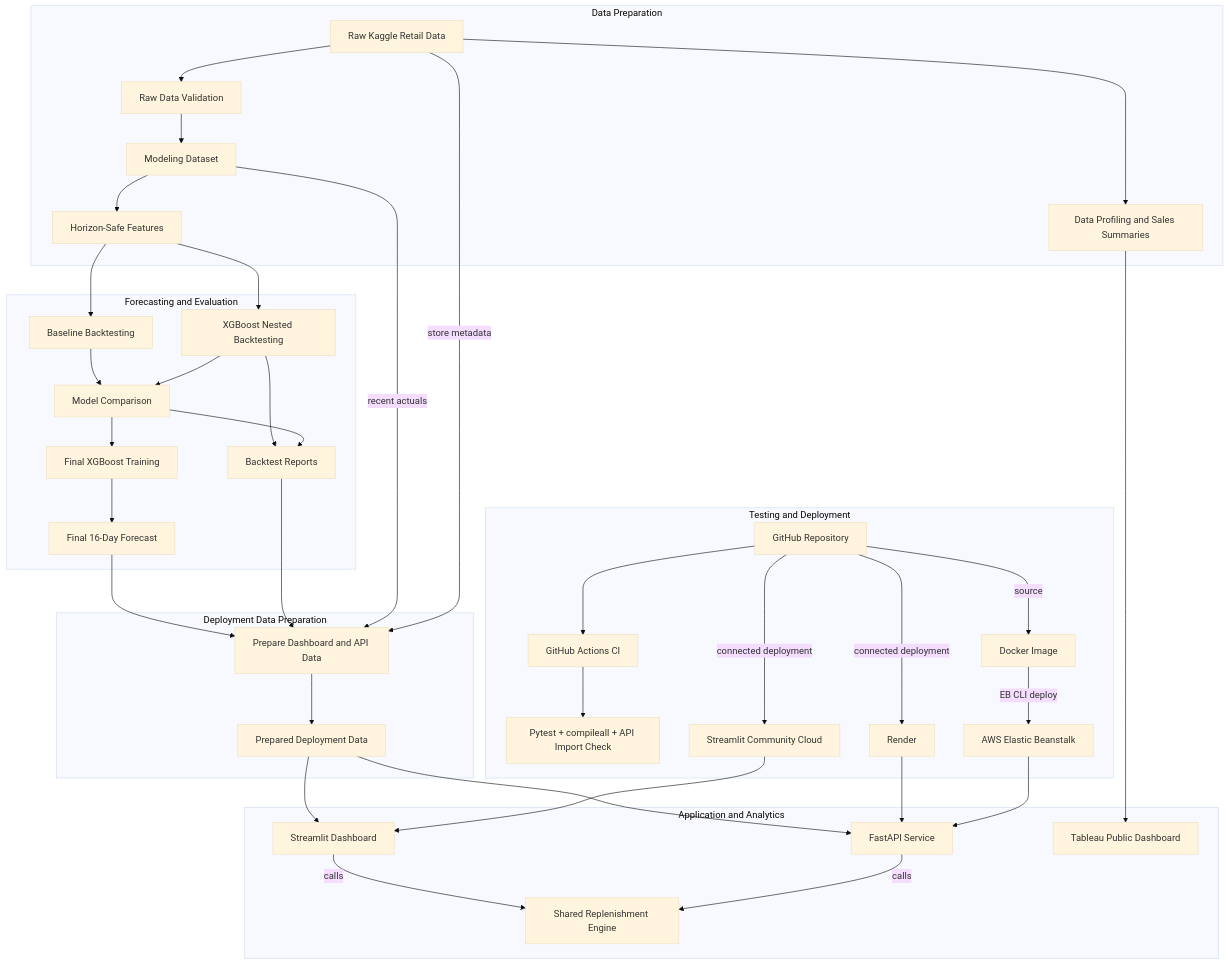
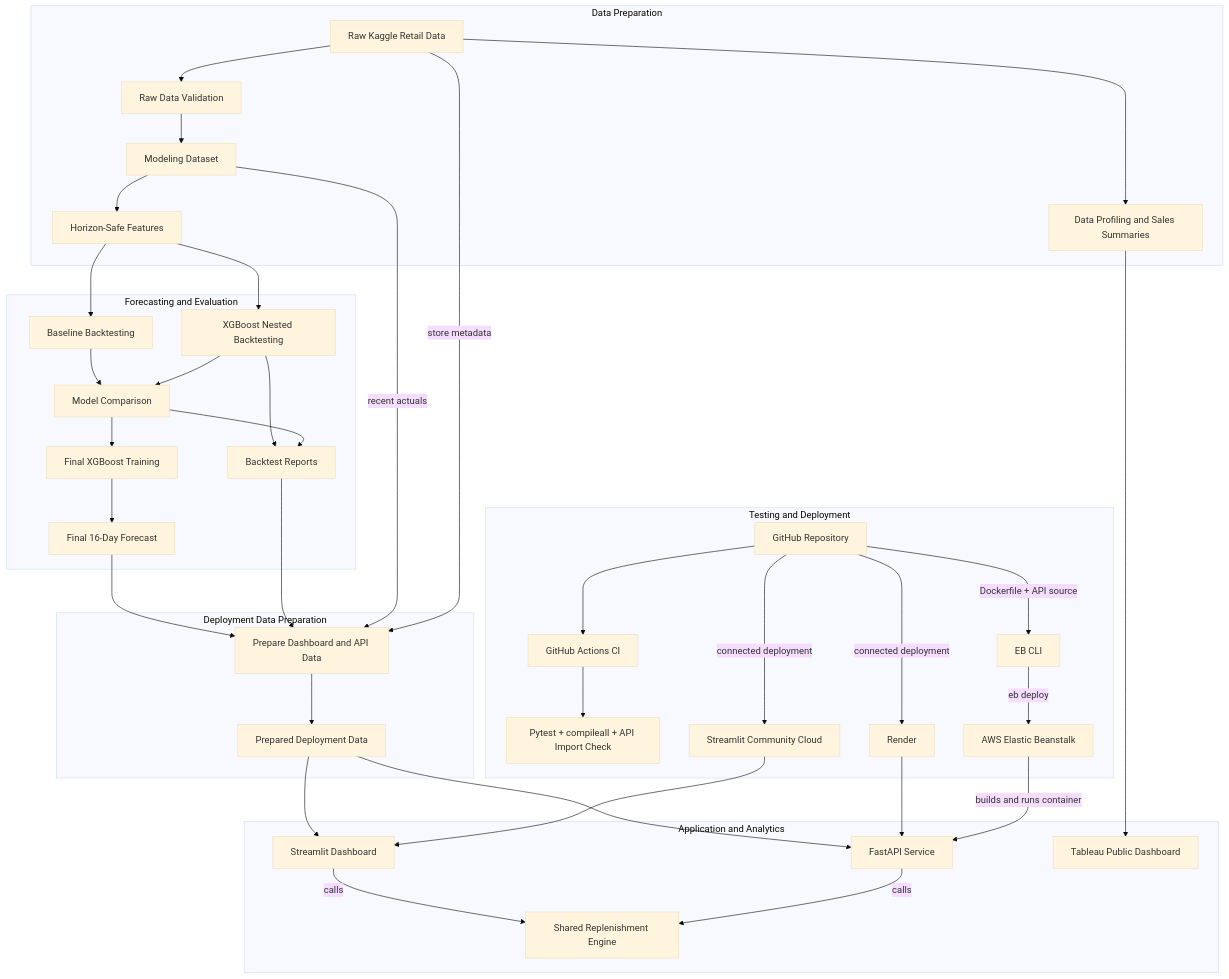
One commit to momo840505/retail-demand-forecasting changed the diagram in README.md. Above: the diagram before and after it, drawn with Mermaid (base theme).

Commit message:
Update deployment flow in README.md

````diff
--- a/README.md
+++ b/README.md
@@ -279,57 +279,58 @@
 ```mermaid
 flowchart TD
 
     subgraph DATA["Data Preparation"]
         A[Raw Kaggle Retail Data] --> B[Raw Data Validation]
         A --> C[Data Profiling and Sales Summaries]
         B --> D[Modeling Dataset]
         D --> E[Horizon-Safe Features]
     end
 
     subgraph MODEL["Forecasting and Evaluation"]
         E --> F[Baseline Backtesting]
         E --> G[XGBoost Nested Backtesting]
 
         F --> H[Model Comparison]
         G --> H
 
         H --> I[Final XGBoost Training]
         I --> J[Final 16-Day Forecast]
 
         G --> K[Backtest Reports]
         H --> K
     end
 
     subgraph PREP["Deployment Data Preparation"]
         J --> L[Prepare Dashboard and API Data]
         K --> L
         D -->|recent actuals| L
         A -->|store metadata| L
 
         L --> M[Prepared Deployment Data]
     end
 
     subgraph APPLICATION["Application and Analytics"]
         M --> N[Streamlit Dashboard]
         M --> O[FastAPI Service]
 
         N -->|calls| P[Shared Replenishment Engine]
         O -->|calls| P
 
         C --> Q[Tableau Public Dashboard]
     end
 
     subgraph DELIVERY["Testing and Deployment"]
         R[GitHub Repository] --> S[GitHub Actions CI]
         S --> T[Pytest + compileall + API Import Check]
 
         R -->|connected deployment| U[Streamlit Community Cloud]
         R -->|connected deployment| V[Render]
-        R -->|source| W[Docker Image]
-        W -->|EB CLI deploy| X[AWS Elastic Beanstalk]
+
+        R -->|Dockerfile + API source| W[EB CLI]
+        W -->|eb deploy| X[AWS Elastic Beanstalk]
 
         U --> N
         V --> O
-        X --> O
+        X -->|builds and runs container| O
     end
 ```
````
